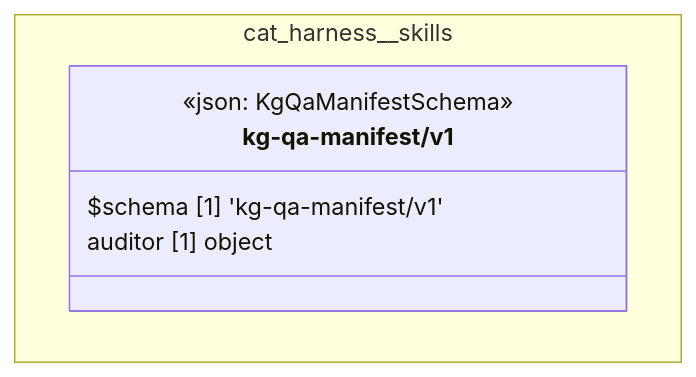
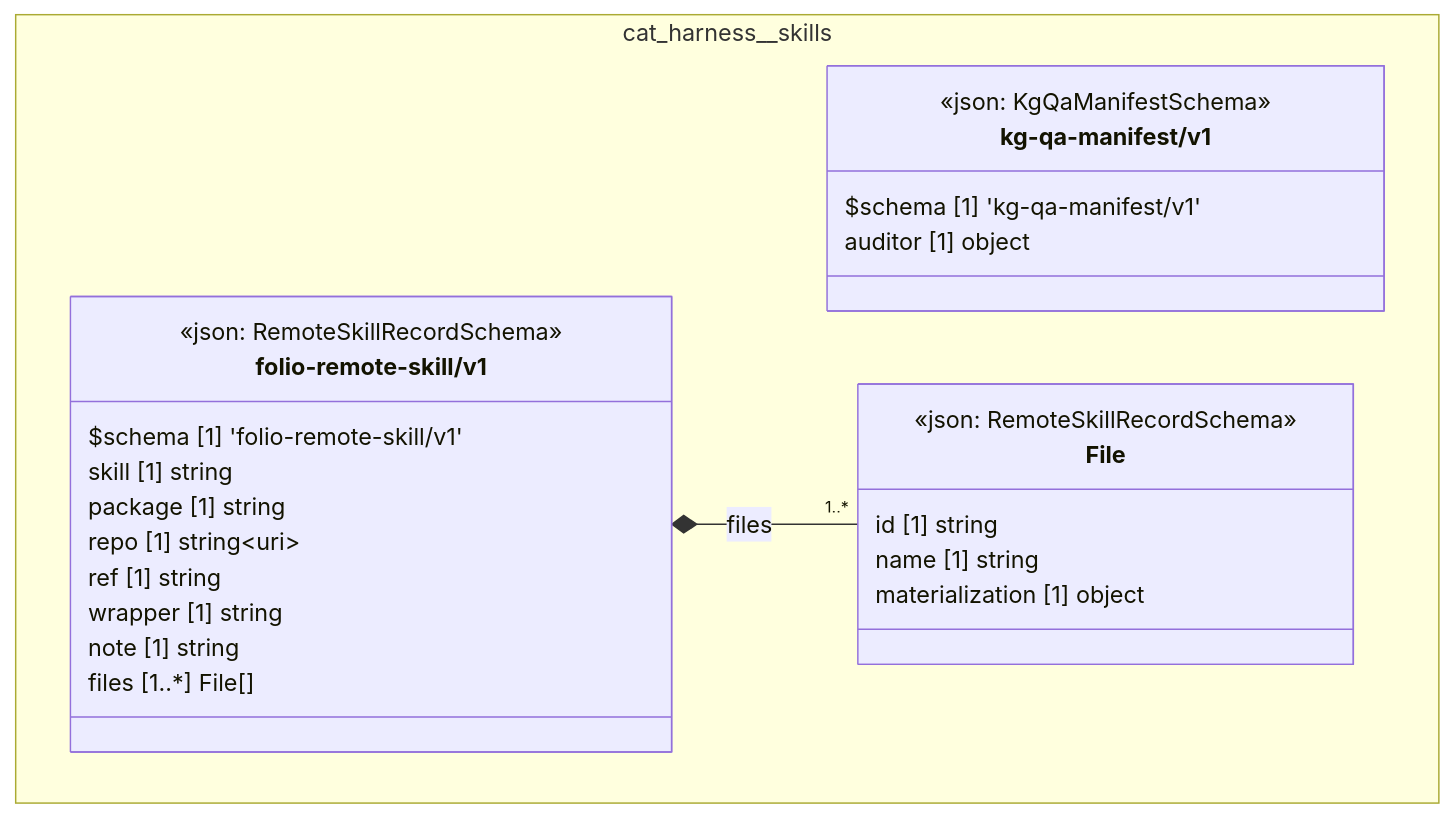
Before and after one commit to litlfred/folio-assistant: the diagram in cat-harness/docs/uml/overview/cat-harness/skills.md, drawn with Mermaid. The commit also changed other lines of this file and 139 other files, not shown here.

````diff
--- a/cat-harness/docs/uml/overview/cat-harness/skills.md
+++ b/cat-harness/docs/uml/overview/cat-harness/skills.md
@@ -41,12 +41,32 @@
 ```mermaid
 classDiagram
   direction TB
   namespace cat_harness__skills {
     class cat_harness_skills_kg_qa_manifest_v1_kg_qa_manifest_v1["kg-qa-manifest/v1"] {
       <<json: KgQaManifestSchema>>
       $schema [1] 'kg-qa-manifest/v1'
       auditor [1] object
     }
+    class cat_harness_skills_folio_remote_skill_v1_File["File"] {
+      <<json: RemoteSkillRecordSchema>>
+      id [1] string
+      name [1] string
+      materialization [1] object
+    }
+    class cat_harness_skills_folio_remote_skill_v1_folio_remote_skill_v1["folio-remote-skill/v1"] {
+      <<json: RemoteSkillRecordSchema>>
+      $schema [1] 'folio-remote-skill/v1'
+      skill [1] string
+      package [1] string
+      repo [1] string~uri~
+      ref [1] string
+      wrapper [1] string
+      note [1] string
+      files [1..*] File[]
+    }
   }
+  cat_harness_skills_folio_remote_skill_v1_folio_remote_skill_v1 *-- "1..*" cat_harness_skills_folio_remote_skill_v1_File : files
   cssClass "cat_harness_skills_kg_qa_manifest_v1_kg_qa_manifest_v1" fa_uml_kind_skills
+  cssClass "cat_harness_skills_folio_remote_skill_v1_File" fa_uml_kind_skills
+  cssClass "cat_harness_skills_folio_remote_skill_v1_folio_remote_skill_v1" fa_uml_kind_skills
 ```
````
